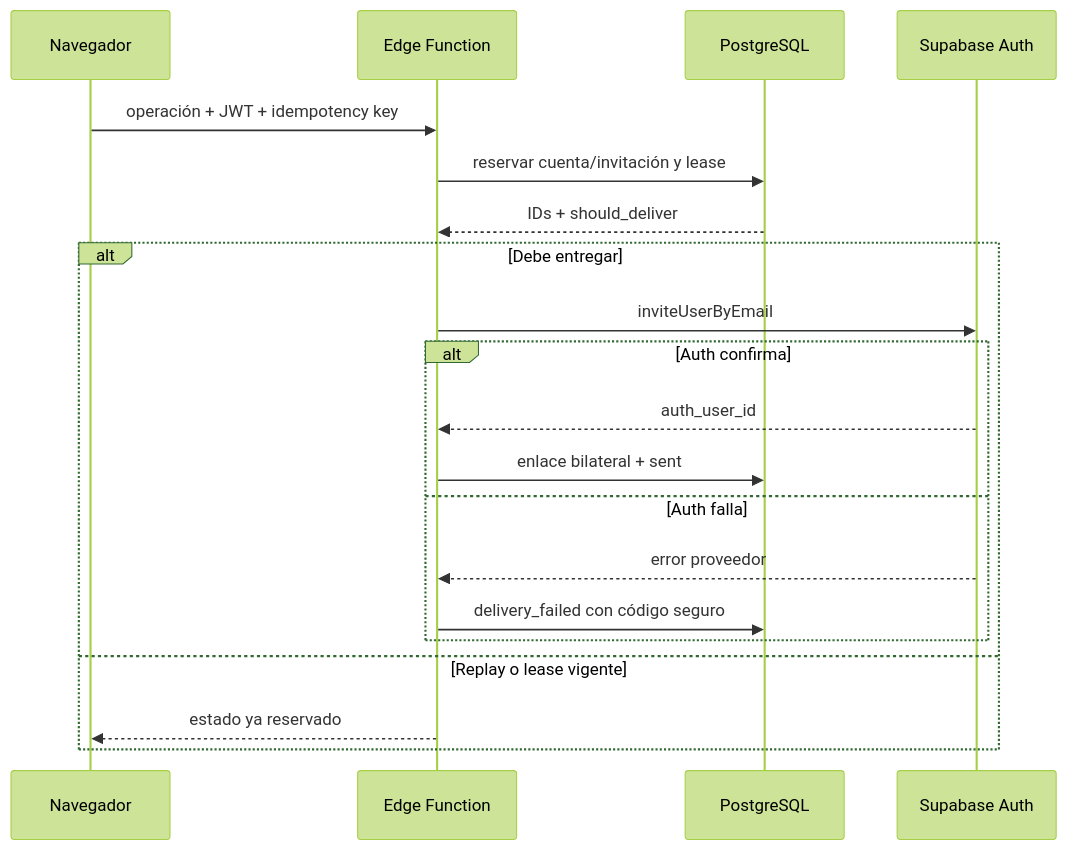
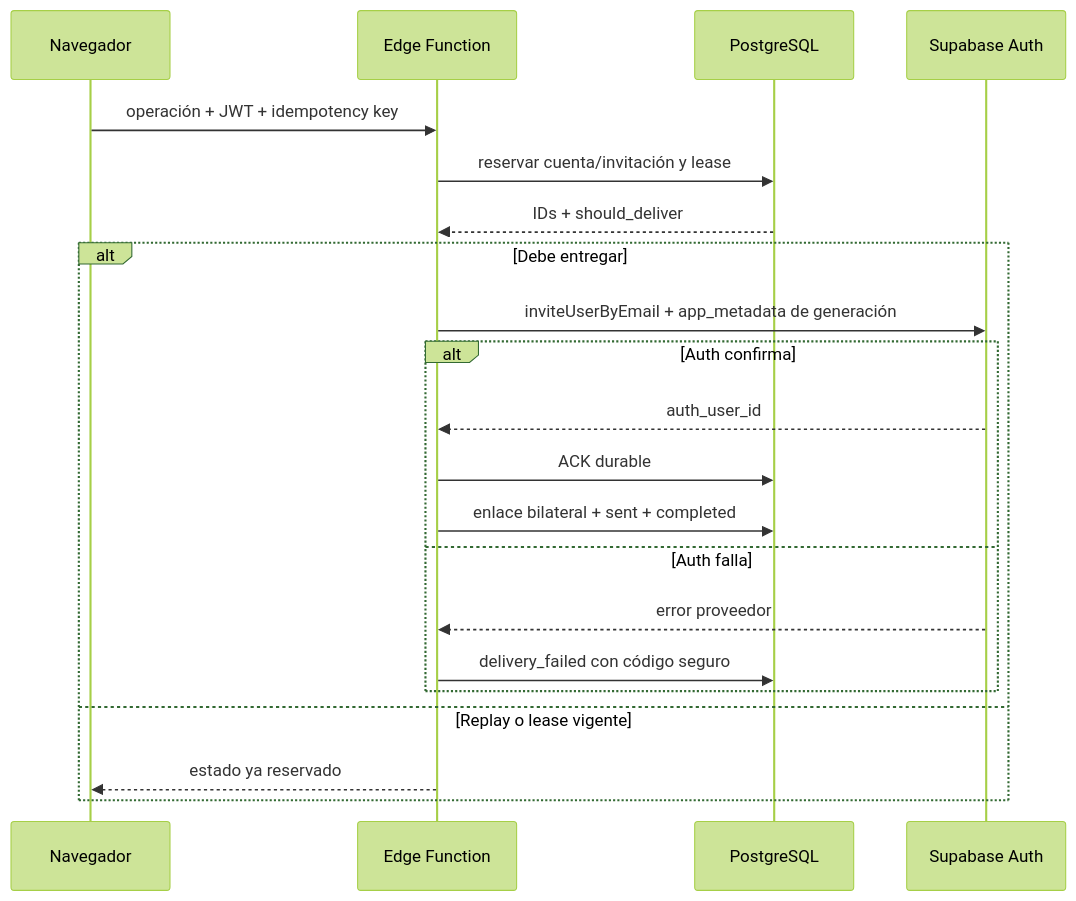
The sixth of 10 diagrams in docs/architecture/runtime-view.md (grovergonzalez8/Sistema-Voluntariado), drawn with Mermaid (forest theme) before and after one commit. The commit also changed other lines of this file and 6 other files, not shown here.

````diff
--- a/docs/architecture/runtime-view.md
+++ b/docs/architecture/runtime-view.md
@@ -92,22 +92,23 @@
 ```mermaid
 sequenceDiagram
   participant UI as Navegador
   participant EF as Edge Function
   participant DB as PostgreSQL
   participant AU as Supabase Auth
   UI->>EF: operación + JWT + idempotency key
   EF->>DB: reservar cuenta/invitación y lease
   DB-->>EF: IDs + should_deliver
   alt Debe entregar
-    EF->>AU: inviteUserByEmail
+    EF->>AU: inviteUserByEmail + app_metadata de generación
     alt Auth confirma
       AU-->>EF: auth_user_id
-      EF->>DB: enlace bilateral + sent
+      EF->>DB: ACK durable
+      EF->>DB: enlace bilateral + sent + completed
     else Auth falla
       AU-->>EF: error proveedor
       EF->>DB: delivery_failed con código seguro
     end
   else Replay o lease vigente
     EF-->>UI: estado ya reservado
   end
 ```
````
